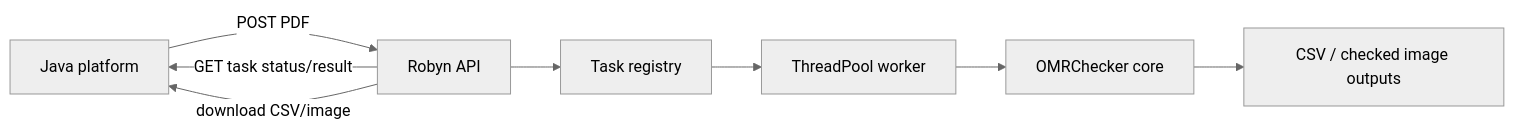
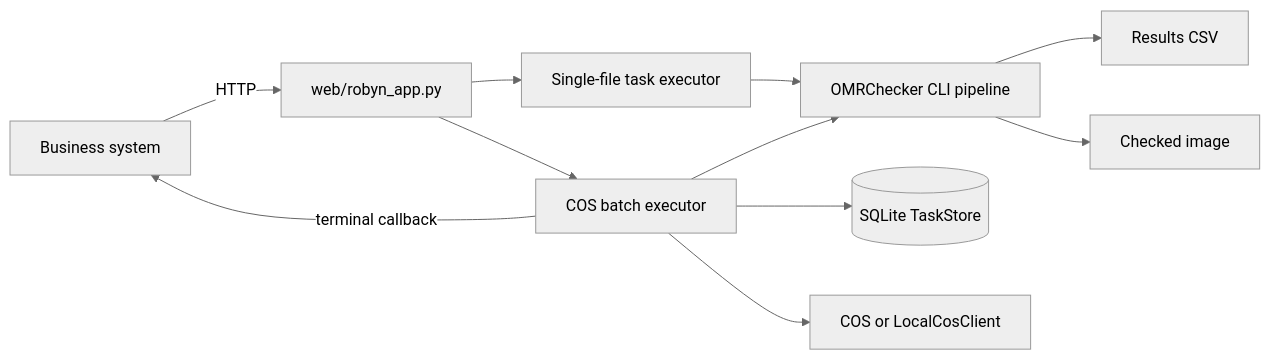
The diagram in docs/robyn-web-service.md (he2307631397/OMRChecker), drawn with Mermaid (neutral theme) before and after one commit. The commit also changed other lines of this file, not shown here.

Commit message:
Align Robyn web service docs with implementation

````diff
--- a/docs/robyn-web-service.md
+++ b/docs/robyn-web-service.md
@@ -17,10 +7,13 @@
 ```mermaid
 flowchart LR
-  A[Java platform] -->|POST PDF| B[Robyn API]
-  B --> C[Task registry]
-  C --> D[ThreadPool worker]
-  D --> E[OMRChecker core]
-  E --> F[CSV / checked image outputs]
-  B -->|GET task status/result| A
-  B -->|download CSV/image| A
+  Java[Business system] -->|HTTP| Robyn[web/robyn_app.py]
+  Robyn --> Single[Single-file task executor]
+  Robyn --> Batch[COS batch executor]
+  Single --> Core[OMRChecker CLI pipeline]
+  Batch --> Store[(SQLite TaskStore)]
+  Batch --> COS[COS or LocalCosClient]
+  Batch --> Core
+  Core --> CSV[Results CSV]
+  Core --> Checked[Checked image]
+  Batch -->|terminal callback| Java
 ```
````
